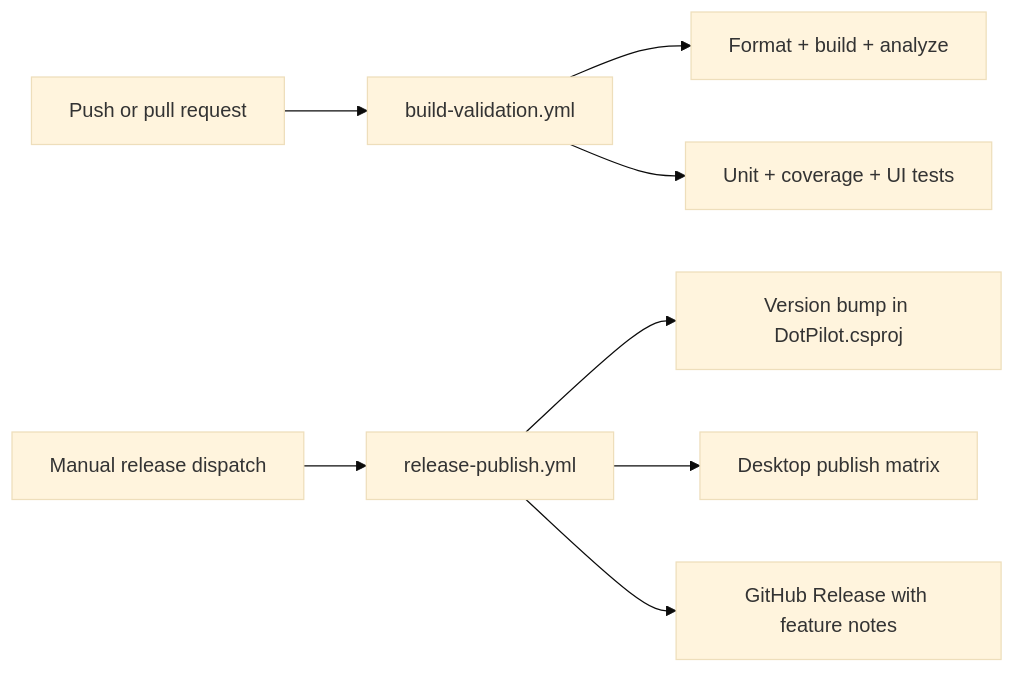
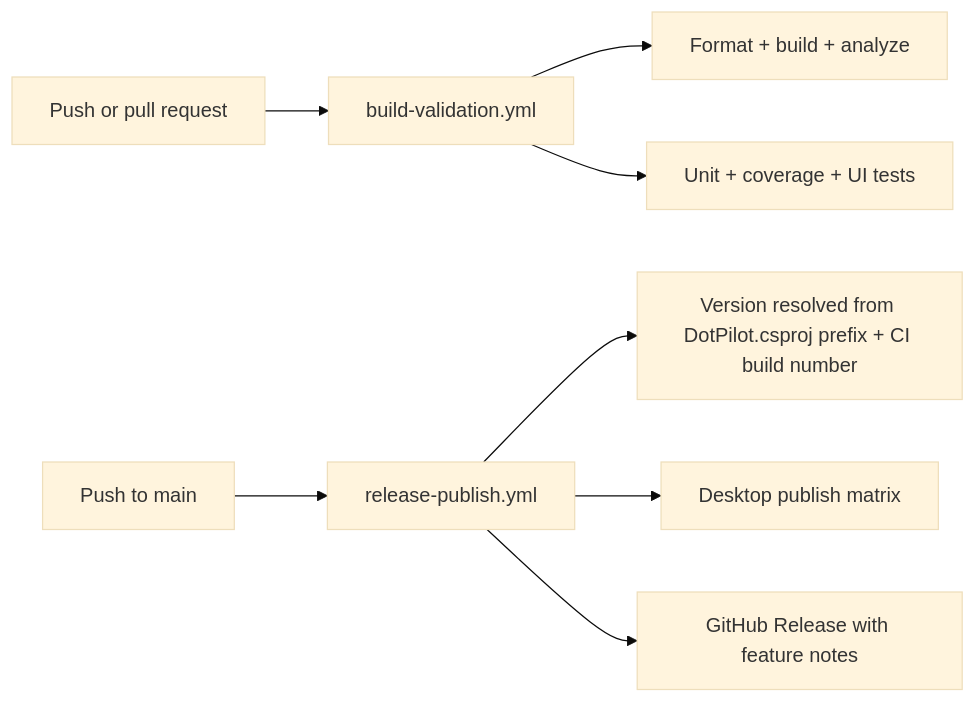
Before and after one commit to managedcode/dotPilot: the diagram in docs/ADR/ADR-0002-split-github-actions-build-and-release.md, drawn with Mermaid (base theme). The commit also changed other lines of this file and 2 other files, not shown here.

````diff
--- a/docs/ADR/ADR-0002-split-github-actions-build-and-release.md
+++ b/docs/ADR/ADR-0002-split-github-actions-build-and-release.md
@@ -41,21 +40,21 @@
 ```mermaid
 flowchart LR
   Change["Push or pull request"]
-  ReleaseIntent["Manual release dispatch"]
+  ReleaseIntent["Push to main"]
   Validation["build-validation.yml"]
   Release["release-publish.yml"]
   Quality["Format + build + analyze"]
   Tests["Unit + coverage + UI tests"]
-  Version["Version bump in DotPilot.csproj"]
+  Version["Version resolved from DotPilot.csproj prefix + CI build number"]
   Publish["Desktop publish matrix"]
   GitHubRelease["GitHub Release with feature notes"]
 
   Change --> Validation
   Validation --> Quality
   Validation --> Tests
 
   ReleaseIntent --> Release
   Release --> Version
   Release --> Publish
   Release --> GitHubRelease
 ```
````
